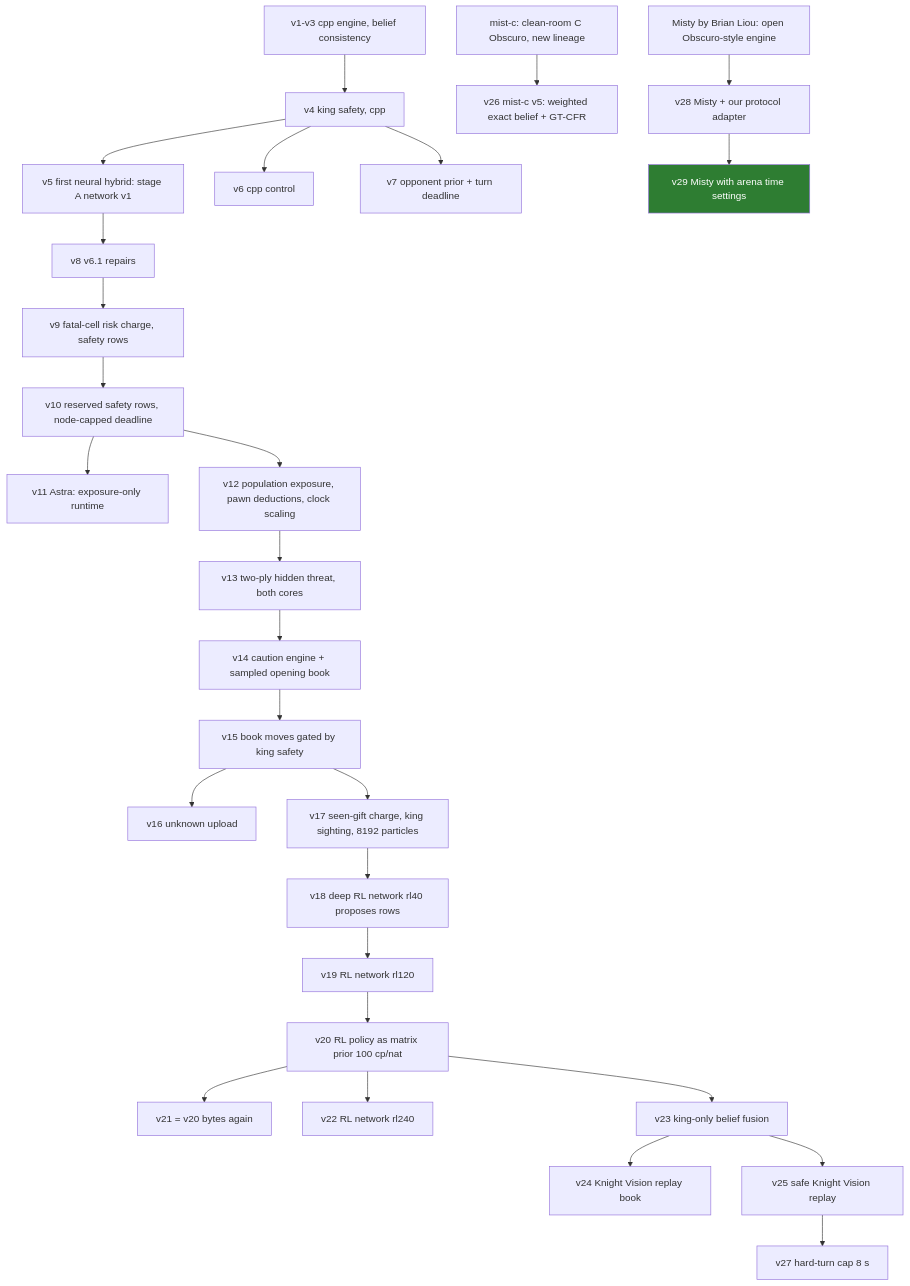
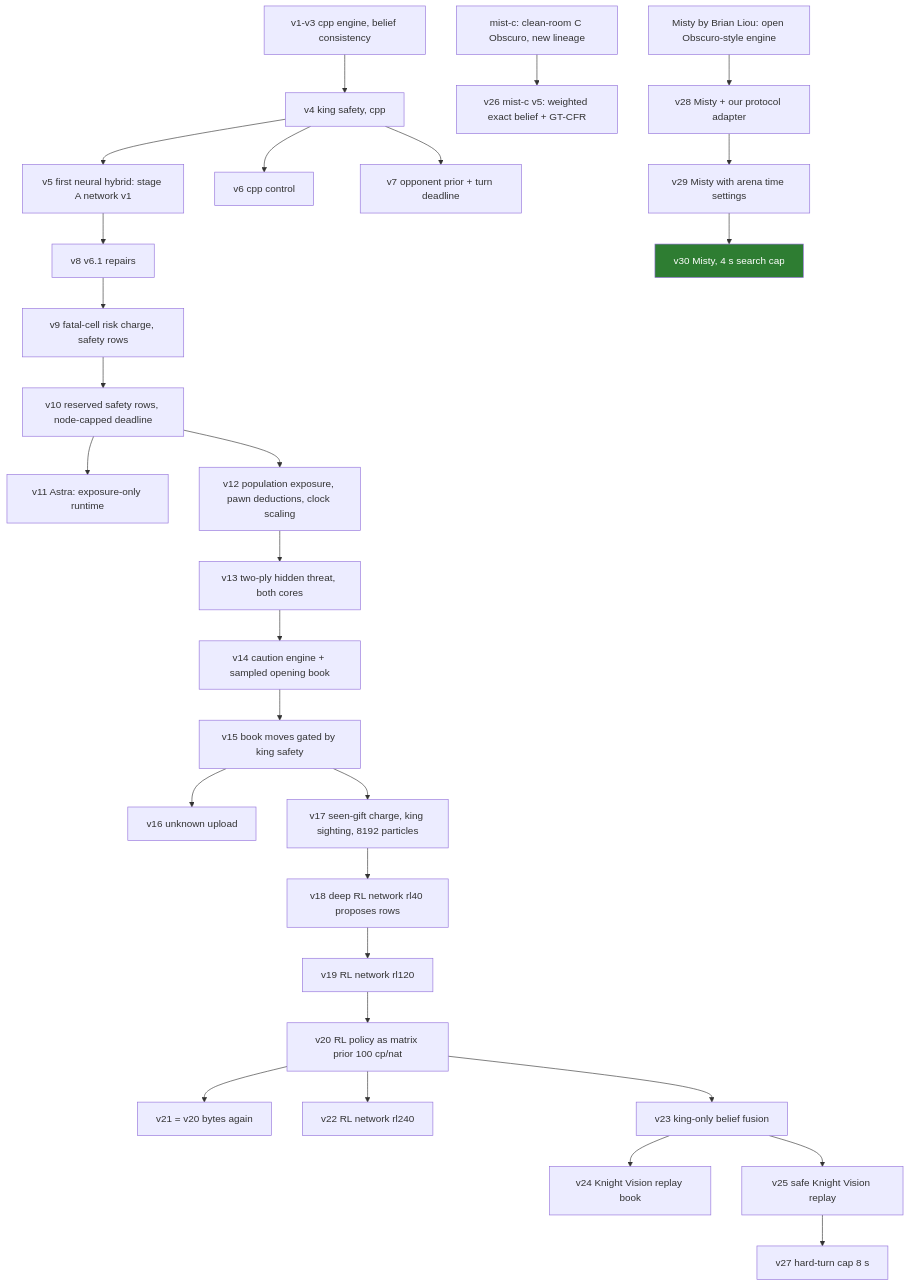
Before and after one commit to htansetiawan/iamavirus: the diagram in MUTATIONS.md, drawn with Mermaid. The commit also changed other lines of this file and 2 other files, not shown here.

Commit message:
Arena v30 = Misty with a 4 s search cap (20a2e433ca31), uploaded by the user; v29 cancelled

````diff
--- a/MUTATIONS.md
+++ b/MUTATIONS.md
@@ -20,30 +20,31 @@
 ```mermaid
 flowchart TD
   v1[v1-v3 cpp engine, belief consistency] --> v4[v4 king safety, cpp]
   v4 --> v5[v5 first neural hybrid: stage A network v1]
   v4 --> v6[v6 cpp control]
   v4 --> v7[v7 opponent prior + turn deadline]
   v5 --> v8[v8 v6.1 repairs] --> v9[v9 fatal-cell risk charge, safety rows] --> v10[v10 reserved safety rows, node-capped deadline]
   v10 --> v11[v11 Astra: exposure-only runtime]
   v10 --> v12[v12 population exposure, pawn deductions, clock scaling]
   v12 --> v13[v13 two-ply hidden threat, both cores]
   v13 --> v14[v14 caution engine + sampled opening book]
   v14 --> v15[v15 book moves gated by king safety]
   v15 --> v16[v16 unknown upload]
   v15 --> v17[v17 seen-gift charge, king sighting, 8192 particles]
   v17 --> v18[v18 deep RL network rl40 proposes rows]
   v18 --> v19[v19 RL network rl120]
   v19 --> v20[v20 RL policy as matrix prior 100 cp/nat]
   v20 --> v21[v21 = v20 bytes again]
   v20 --> v22[v22 RL network rl240]
   v20 --> v23[v23 king-only belief fusion]
   v23 --> v24[v24 Knight Vision replay book]
   v23 --> v25[v25 safe Knight Vision replay]
   mc[mist-c: clean-room C Obscuro, new lineage] --> v26[v26 mist-c v5: weighted exact belief + GT-CFR]
   v25 --> v27[v27 hard-turn cap 8 s]
   misty[Misty by Brian Liou: open Obscuro-style engine] --> v28[v28 Misty + our protocol adapter]
   v28 --> v29[v29 Misty with arena time settings]
+  v29 --> v30[v30 Misty, 4 s search cap]
   classDef alive fill:#2e7d32,color:#fff;
   classDef cand fill:#f9a825,color:#000;
-  class v29 alive;
+  class v30 alive;
 ```
````
